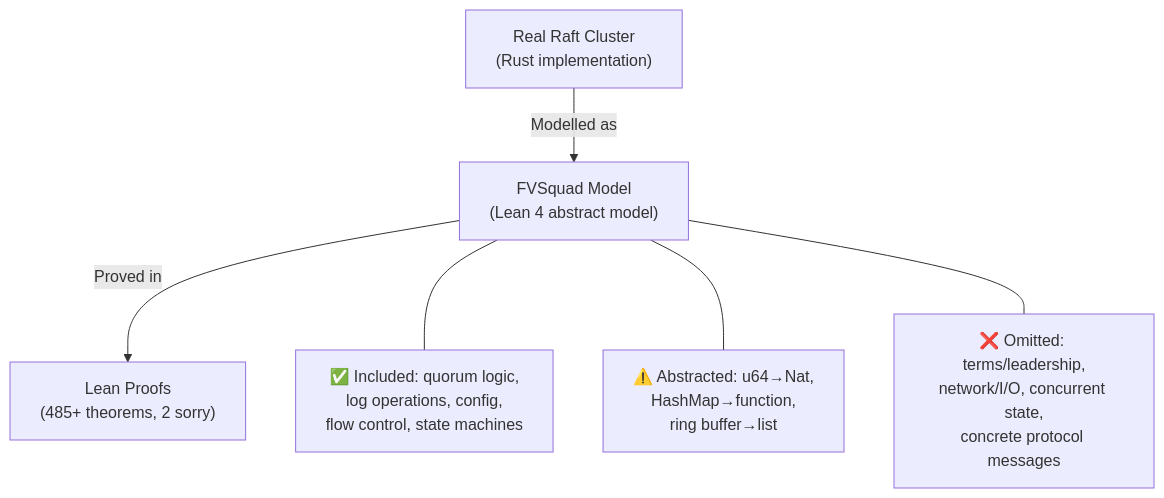
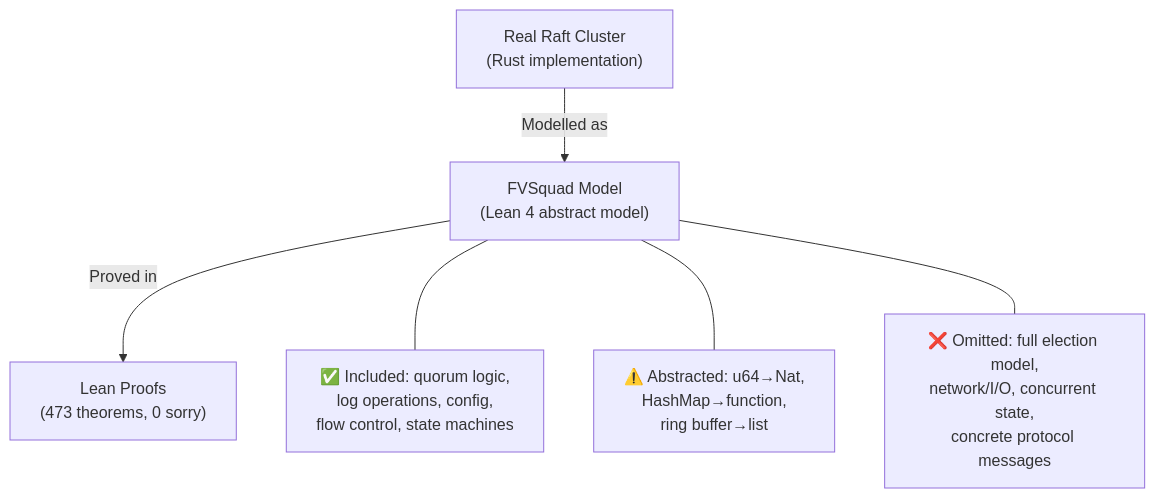
The ninth of 10 diagrams in formal-verification/REPORT.md (dsyme/fv-squad), drawn with Mermaid before and after one commit. The commit also changed other lines of this file and 1 other file, not shown here.

First line of the commit message:
feat(fv): update REPORT.md + paper.tex to 473 theorems, 29 files, 0 sorry (Tasks 10 & 11)

````diff
--- a/formal-verification/REPORT.md
+++ b/formal-verification/REPORT.md
@@ -288,17 +291,17 @@
 ```mermaid
 graph TD
     REAL["Real Raft Cluster<br/>(Rust implementation)"]
     MODEL["FVSquad Model<br/>(Lean 4 abstract model)"]
-    PROOF["Lean Proofs<br/>(485+ theorems, 2 sorry)"]
+    PROOF["Lean Proofs<br/>(473 theorems, 0 sorry)"]
 
     REAL -->|"Modelled as"| MODEL
     MODEL -->|"Proved in"| PROOF
 
     NOTE1["✅ Included: quorum logic,<br/>log operations, config,<br/>flow control, state machines"]
     NOTE2["⚠️ Abstracted: u64→Nat,<br/>HashMap→function,<br/>ring buffer→list"]
-    NOTE3["❌ Omitted: terms/leadership,<br/>network/I/O, concurrent state,<br/>concrete protocol messages"]
+    NOTE3["❌ Omitted: full election model,<br/>network/I/O, concurrent state,<br/>concrete protocol messages"]
 
     MODEL --- NOTE1
     MODEL --- NOTE2
     MODEL --- NOTE3
 ```
````
